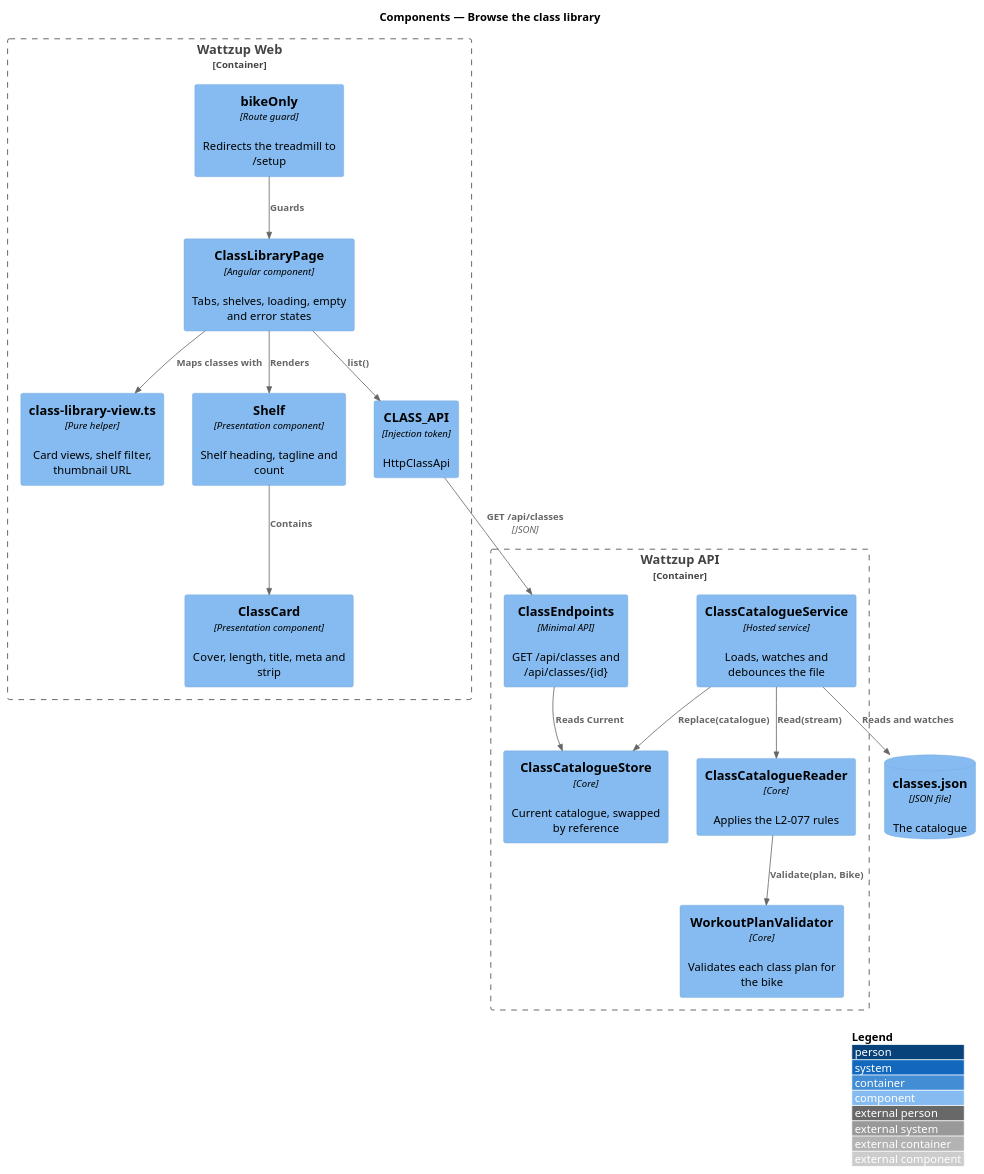
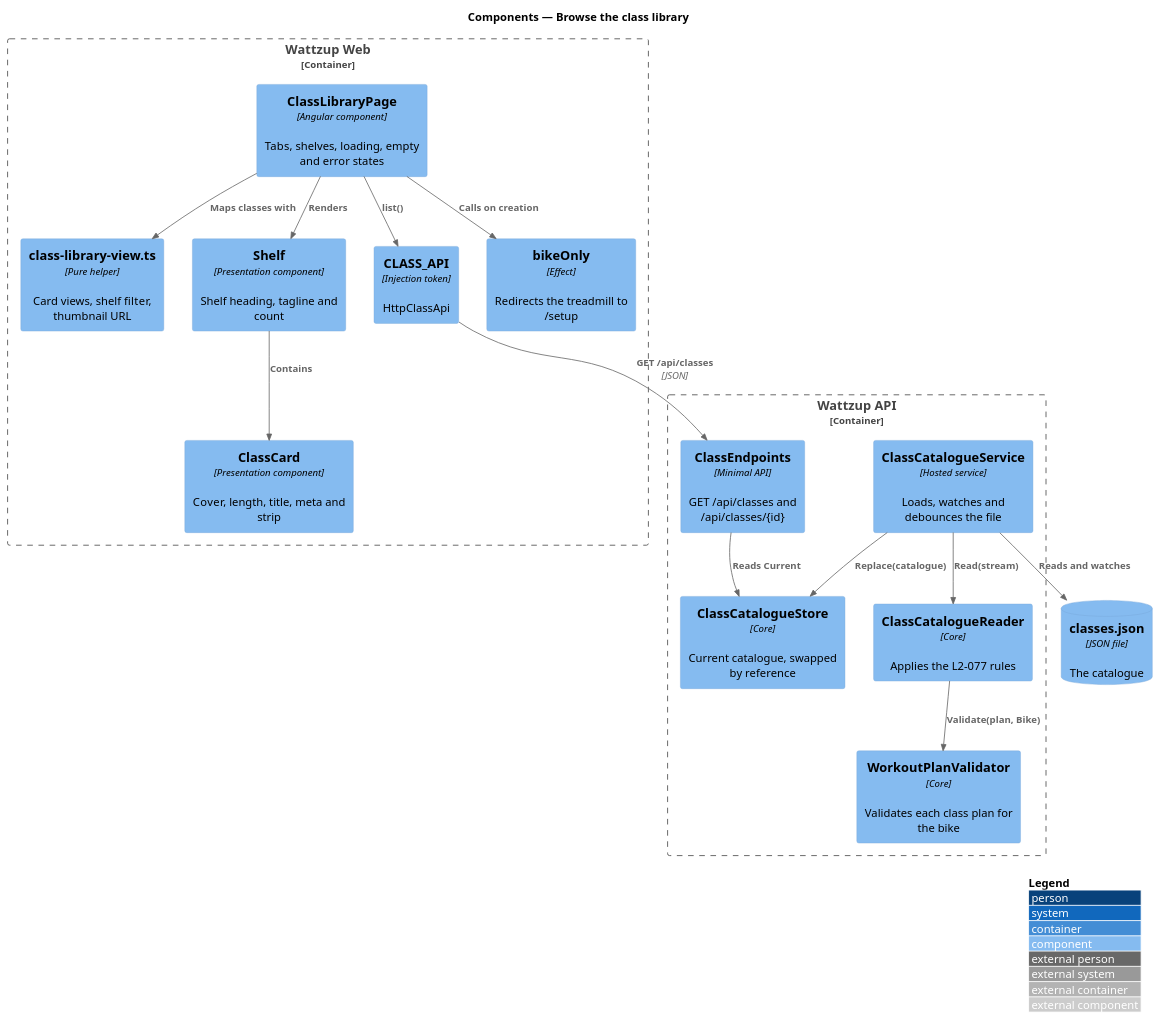
Before and after one commit to QuinntyneBrown/ride-one: the diagram in docs/detailed-designs/classes/browse-classes/diagrams/c4-component.puml, drawn with PlantUML. The commit also changed 10 other files, not shown here.

```diff
--- a/docs/detailed-designs/classes/browse-classes/diagrams/c4-component.puml
+++ b/docs/detailed-designs/classes/browse-classes/diagrams/c4-component.puml
@@ -1,34 +1,34 @@
 @startuml
 !include <C4/C4_Component>
 LAYOUT_WITH_LEGEND()
 title Components — Browse the class library
 
 Container_Boundary(web, "Wattzup Web") {
   Component(page, "ClassLibraryPage", "Angular component", "Tabs, shelves, loading, empty and error states")
   Component(view, "class-library-view.ts", "Pure helper", "Card views, shelf filter, thumbnail URL")
   Component(shelf, "Shelf", "Presentation component", "Shelf heading, tagline and count")
   Component(card, "ClassCard", "Presentation component", "Cover, length, title, meta and strip")
   Component(token, "CLASS_API", "Injection token", "HttpClassApi")
-  Component(guard, "bikeOnly", "Route guard", "Redirects the treadmill to /setup")
+  Component(guard, "bikeOnly", "Effect", "Redirects the treadmill to /setup")
 }
 Container_Boundary(api, "Wattzup API") {
   Component(ep, "ClassEndpoints", "Minimal API", "GET /api/classes and /api/classes/{id}")
   Component(svc, "ClassCatalogueService", "Hosted service", "Loads, watches and debounces the file")
   Component(reader, "ClassCatalogueReader", "Core", "Applies the L2-077 rules")
   Component(validator, "WorkoutPlanValidator", "Core", "Validates each class plan for the bike")
   Component(store, "ClassCatalogueStore", "Core", "Current catalogue, swapped by reference")
 }
 ComponentDb(file, "classes.json", "JSON file", "The catalogue")
 
 Rel(page, token, "list()")
 Rel(token, ep, "GET /api/classes", "JSON")
 Rel(page, view, "Maps classes with")
 Rel(page, shelf, "Renders")
 Rel(shelf, card, "Contains")
-Rel(guard, page, "Guards")
+Rel(page, guard, "Calls on creation")
 Rel(ep, store, "Reads Current")
 Rel(svc, file, "Reads and watches")
 Rel(svc, reader, "Read(stream)")
 Rel(reader, validator, "Validate(plan, Bike)")
 Rel(svc, store, "Replace(catalogue)")
 @enduml
```
